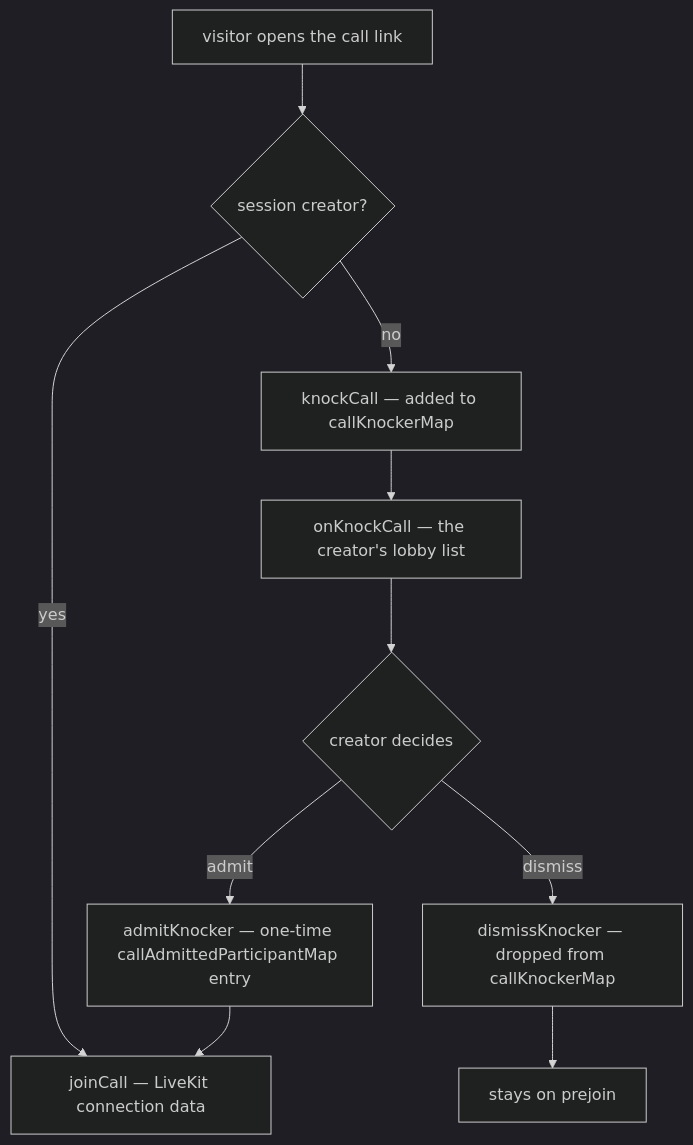
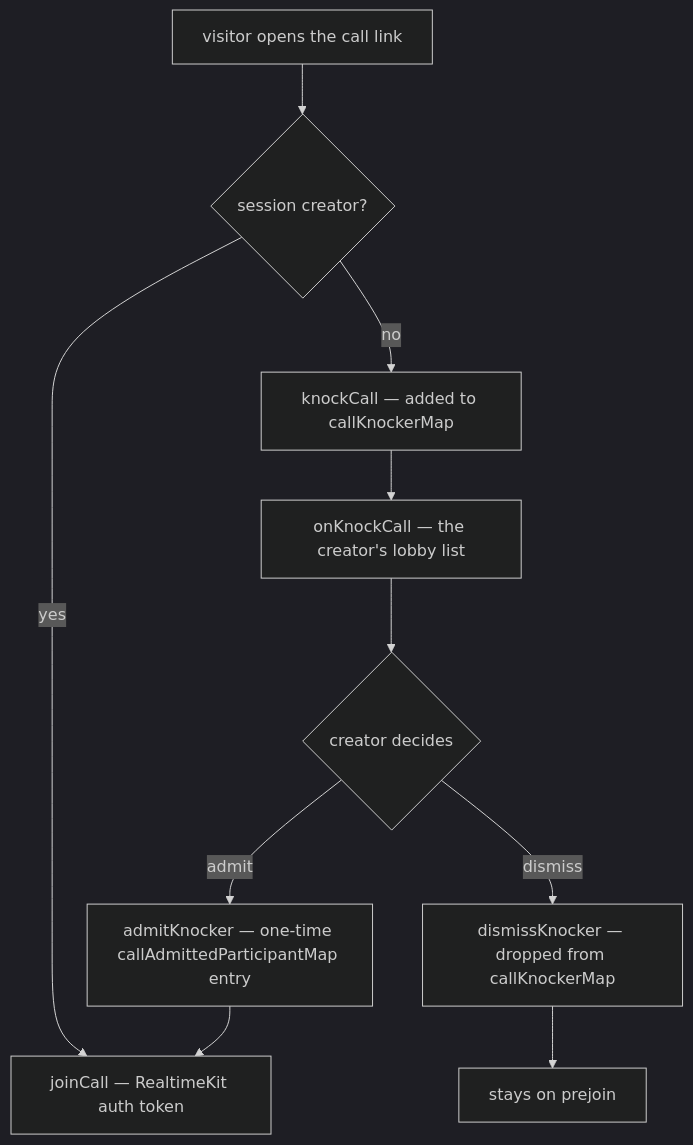
One commit to Esposter/Esposter changed the second of 3 diagrams in openspec/specs/esbabbler/calls/README.md. Above: the diagram before and after it, drawn with Mermaid (dark theme). The commit also changed other lines of this file and 10 other files, not shown here.

First line of the commit message:
docs(calls): the call pages name RealtimeKit's meeting, webhook and join fields

````diff
--- a/openspec/specs/esbabbler/calls/README.md
+++ b/openspec/specs/esbabbler/calls/README.md
@@ -55,12 +55,12 @@
 ```mermaid
 flowchart TD
   VISIT["visitor opens the call link"] --> ISCREATOR{"session creator?"}
-  ISCREATOR -- yes --> JOIN["joinCall — LiveKit connection data"]
+  ISCREATOR -- yes --> JOIN["joinCall — RealtimeKit auth token"]
   ISCREATOR -- no --> KNOCK["knockCall — added to callKnockerMap"]
   KNOCK --> NOTIFY["onKnockCall — the creator's lobby list"]
   NOTIFY --> DECIDE{"creator decides"}
   DECIDE -- admit --> ADMITTED["admitKnocker — one-time callAdmittedParticipantMap entry"]
   DECIDE -- dismiss --> DISMISSED["dismissKnocker — dropped from callKnockerMap"]
   ADMITTED --> JOIN
   DISMISSED --> WAIT["stays on prejoin"]
 ```
````
